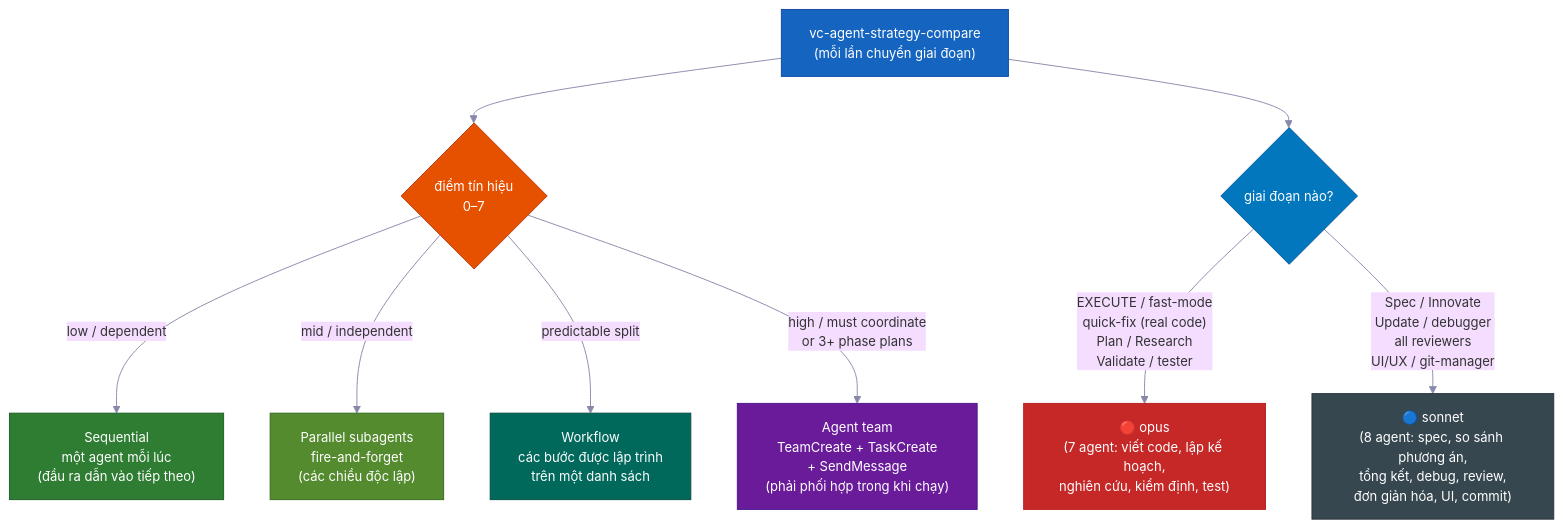
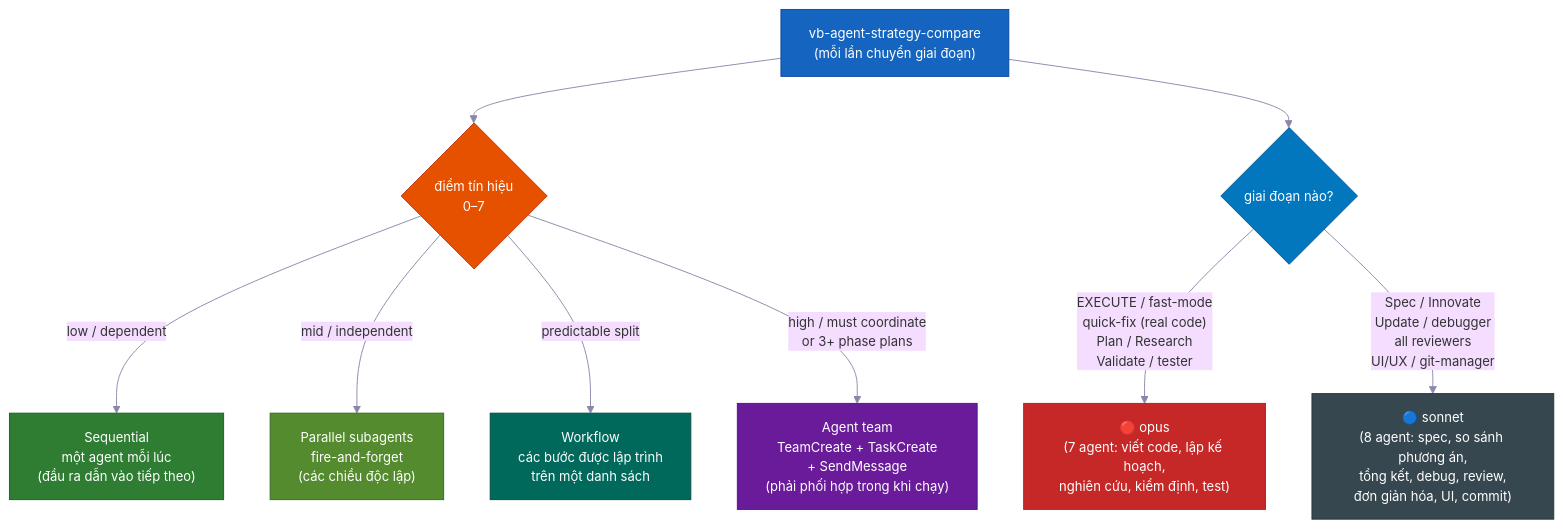
One commit to Tomwakeupat530amm/vibebelt-kit changed the seventh of 14 diagrams in docs/i18n/README.vi-VN.md. Above: the diagram before and after it, drawn with Mermaid. The commit also changed other lines of this file and 646 other files, not shown here.

````diff
--- a/docs/i18n/README.vi-VN.md
+++ b/docs/i18n/README.vi-VN.md
@@ -821,32 +821,32 @@
 ```mermaid
 %%{init: {'theme': 'base', 'themeVariables': {'fontSize': '14px', 'lineColor': '#8888AA'}} }%%
 flowchart TD
-    SS["vc-agent-strategy-compare\n(mỗi lần chuyển giai đoạn)"]
+    SS["vb-agent-strategy-compare\n(mỗi lần chuyển giai đoạn)"]
     SC{"điểm tín hiệu\n0–7"}
     SEQ["Sequential\nmột agent mỗi lúc\n(đầu ra dẫn vào tiếp theo)"]
     PAR["Parallel subagents\nfire-and-forget\n(các chiều độc lập)"]
     WF["Workflow\ncác bước được lập trình\ntrên một danh sách"]
     TEAM["Agent team\nTeamCreate + TaskCreate\n+ SendMessage\n(phải phối hợp trong khi chạy)"]
     MC{"giai đoạn nào?"}
     OPUS["🔴 opus\n(7 agent: viết code, lập kế hoạch,\nnghiên cứu, kiểm định, test)"]
     SONNET["🔵 sonnet\n(8 agent: spec, so sánh phương án,\ntổng kết, debug, review,\nđơn giản hóa, UI, commit)"]
 
     SS --> SC
     SC -->|"low / dependent"| SEQ
     SC -->|"mid / independent"| PAR
     SC -->|"predictable split"| WF
     SC -->|"high / must coordinate\nor 3+ phase plans"| TEAM
     SS --> MC
     MC -->|"EXECUTE / fast-mode\nquick-fix (real code)\nPlan / Research\nValidate / tester"| OPUS
     MC -->|"Spec / Innovate\nUpdate / debugger\nall reviewers\nUI/UX / git-manager"| SONNET
 
     style SS fill:#1565C0,stroke:#0D47A1,color:#FFFFFF
     style SC fill:#E65100,stroke:#BF360C,color:#FFFFFF
     style SEQ fill:#2E7D32,stroke:#1B5E20,color:#FFFFFF
     style PAR fill:#558B2F,stroke:#33691E,color:#FFFFFF
     style WF fill:#00695C,stroke:#004D40,color:#FFFFFF
     style TEAM fill:#6A1B9A,stroke:#4A148C,color:#FFFFFF
     style MC fill:#0277BD,stroke:#01579B,color:#FFFFFF
     style OPUS fill:#C62828,stroke:#B71C1C,color:#FFFFFF
     style SONNET fill:#37474F,stroke:#263238,color:#FFFFFF
 ```
````
